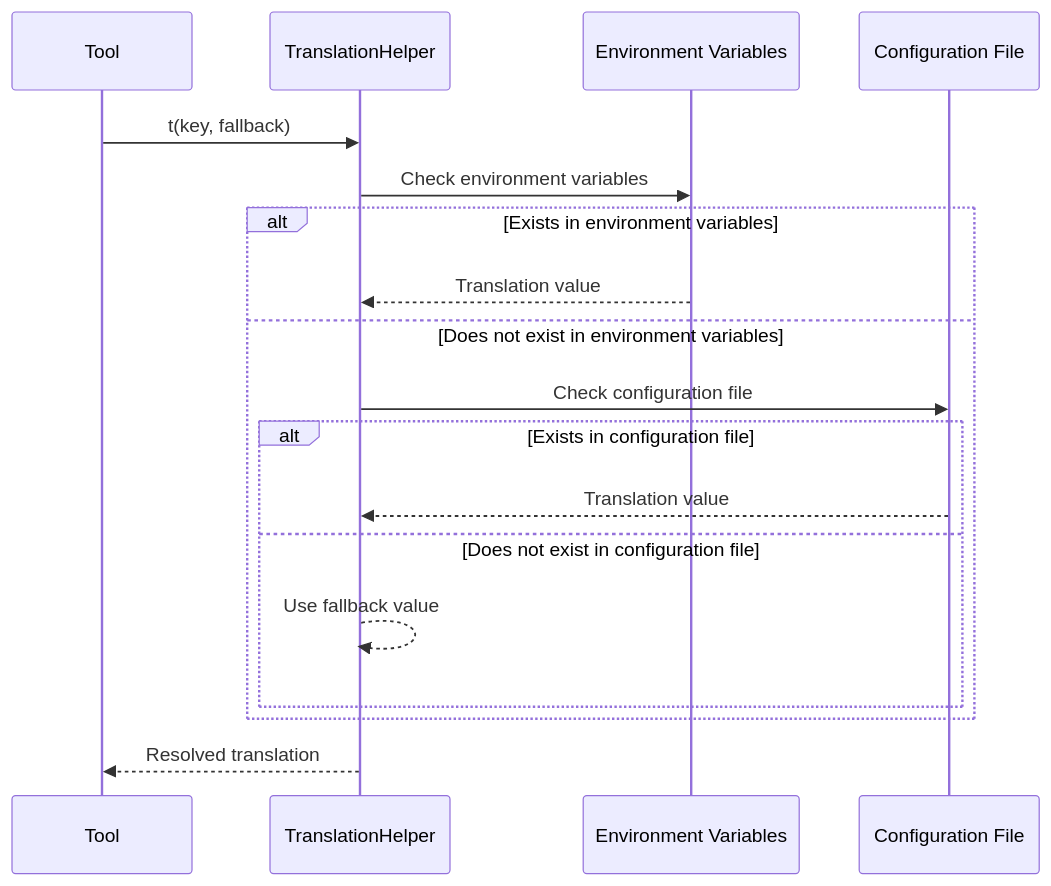
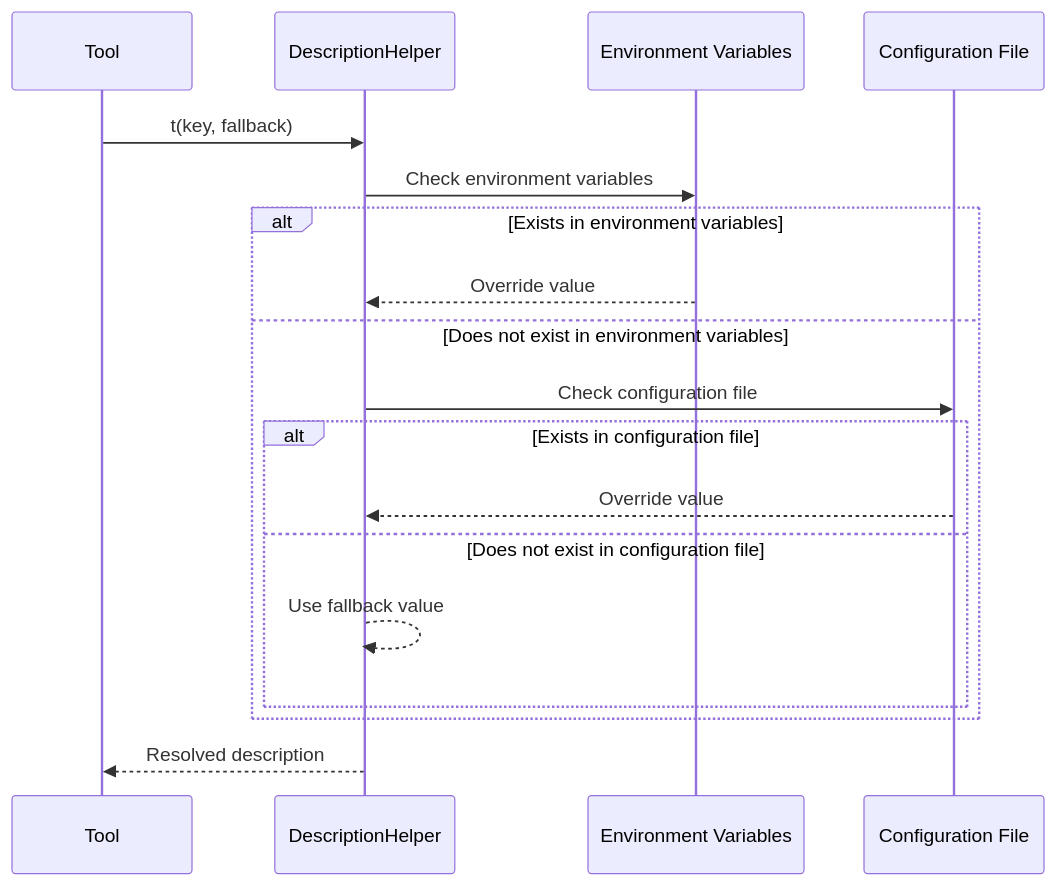
The fourth of 6 diagrams in docs/systemPatterns.md (nulab/backlog-mcp-server), drawn with Mermaid before and after one commit. The commit also changed other lines of this file and 149 other files, not shown here.

````diff
--- a/docs/systemPatterns.md
+++ b/docs/systemPatterns.md
@@ -162,21 +162,21 @@
 ```mermaid
 sequenceDiagram
     participant Tool as Tool
-    participant Helper as TranslationHelper
+    participant Helper as DescriptionHelper
     participant Env as Environment Variables
     participant Config as Configuration File
 
     Tool->>Helper: t(key, fallback)
     Helper->>Env: Check environment variables
     alt Exists in environment variables
-        Env-->>Helper: Translation value
+        Env-->>Helper: Override value
     else Does not exist in environment variables
         Helper->>Config: Check configuration file
         alt Exists in configuration file
-            Config-->>Helper: Translation value
+            Config-->>Helper: Override value
         else Does not exist in configuration file
             Helper-->>Helper: Use fallback value
         end
     end
-    Helper-->>Tool: Resolved translation
+    Helper-->>Tool: Resolved description
 ```
````
